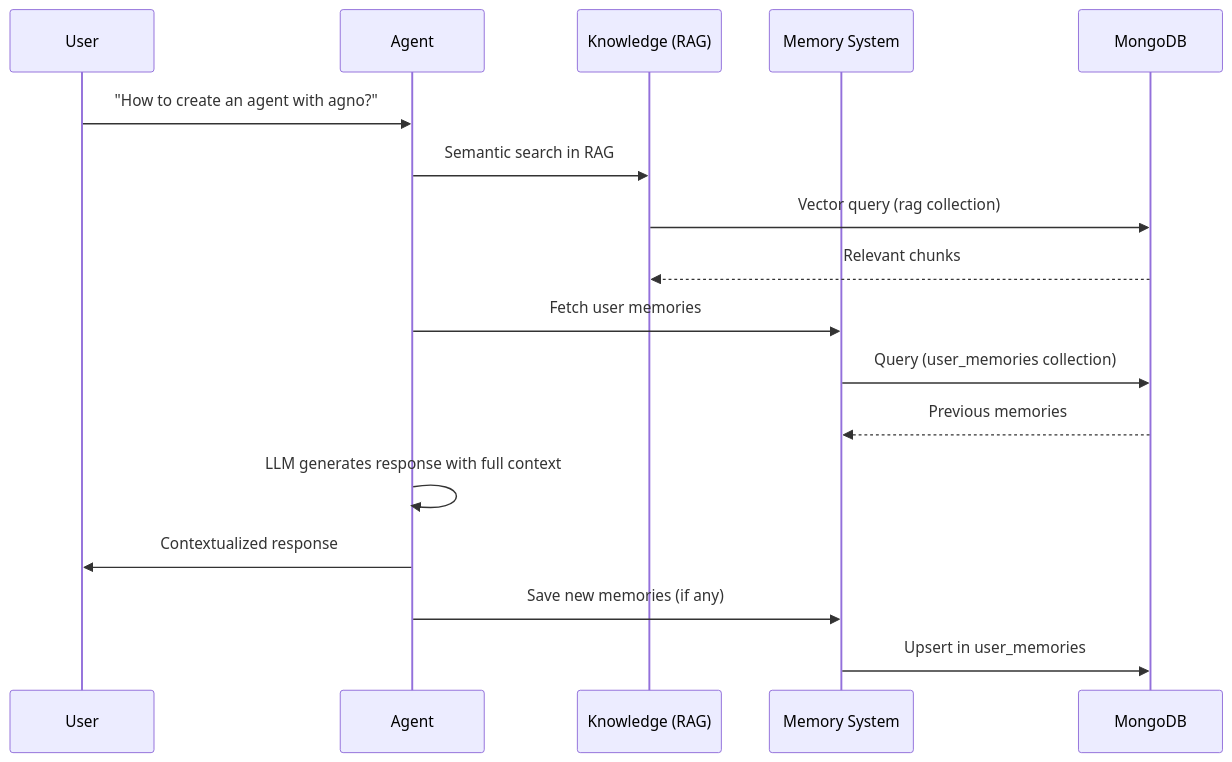
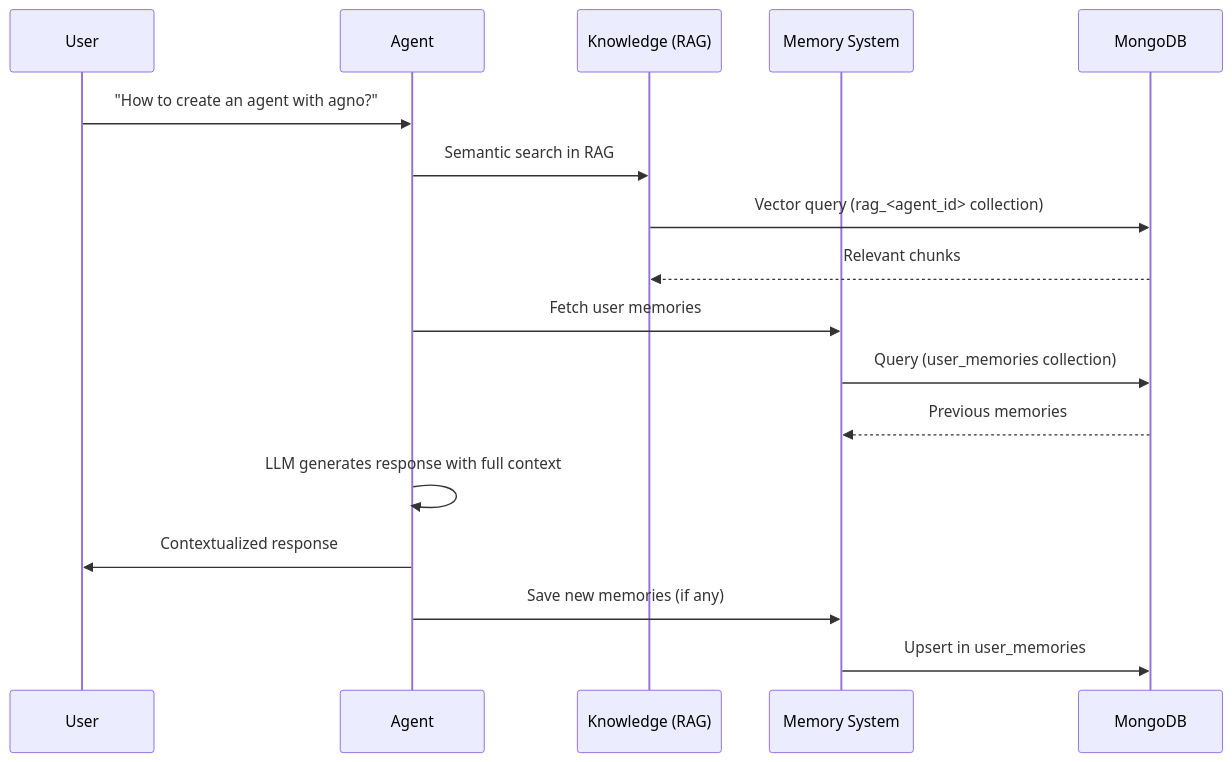
Before and after one commit to Mosfet04/orquestradorIAPythonArgo: the fourth of 4 diagrams in README.en.md, drawn with Mermaid. The commit also changed other lines of this file and 23 other files, not shown here.

````diff
--- a/README.en.md
+++ b/README.en.md
@@ -837,20 +839,20 @@
 ```mermaid
 sequenceDiagram
     participant U as User
     participant A as Agent
     participant K as Knowledge (RAG)
     participant M as Memory System
     participant DB as MongoDB
 
     U->>A: "How to create an agent with agno?"
     A->>K: Semantic search in RAG
-    K->>DB: Vector query (rag collection)
+    K->>DB: Vector query (rag_<agent_id> collection)
     DB-->>K: Relevant chunks
     A->>M: Fetch user memories
     M->>DB: Query (user_memories collection)
     DB-->>M: Previous memories
     A->>A: LLM generates response with full context
     A->>U: Contextualized response
     A->>M: Save new memories (if any)
     M->>DB: Upsert in user_memories
 ```
````
